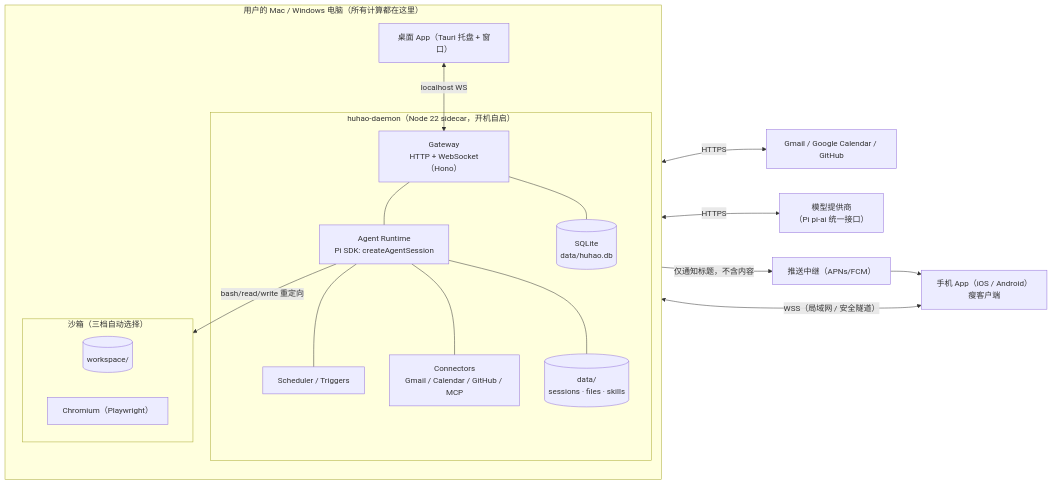
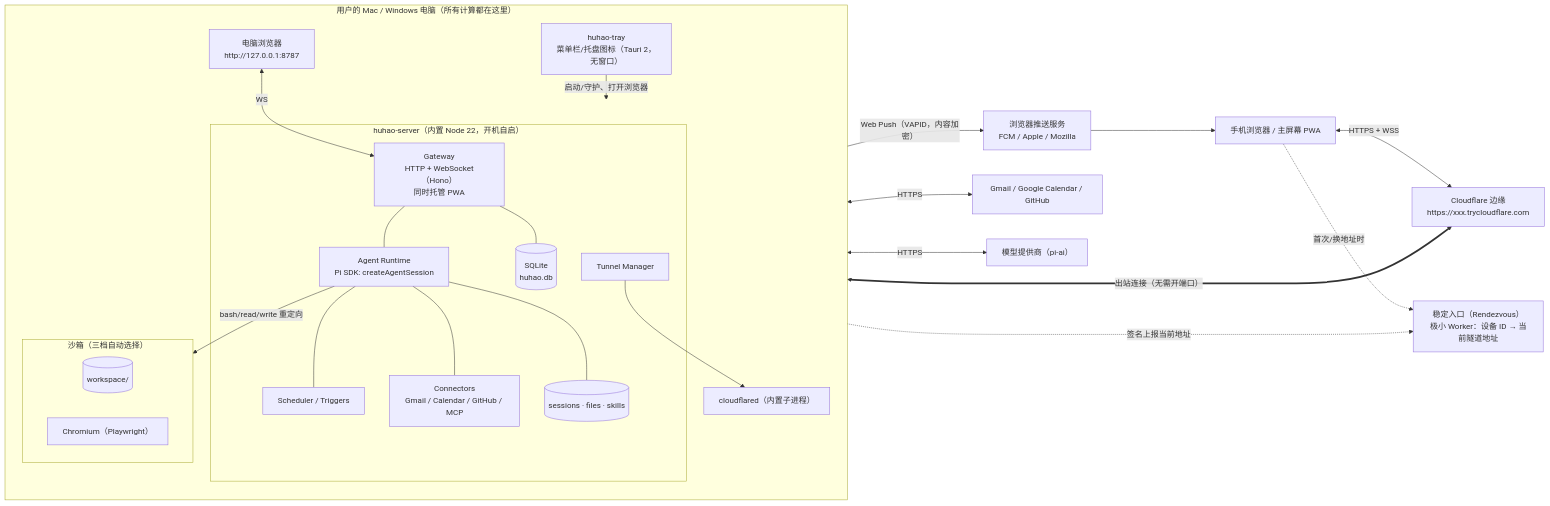
The first of 3 diagrams in docs/DESIGN.md (MyMiMang/pi-assistant), drawn with Mermaid before and after one commit. The commit also changed other lines of this file and 15 other files, not shown here.

````diff
--- a/docs/DESIGN.md
+++ b/docs/DESIGN.md
@@ -53,30 +55,36 @@
 ```mermaid
 flowchart LR
   subgraph PC["用户的 Mac / Windows 电脑（所有计算都在这里）"]
     direction TB
-    Tray["桌面 App（Tauri 托盘 + 窗口）"]
-    subgraph Daemon["huhao-daemon（Node 22 sidecar，开机自启）"]
-      GW["Gateway<br/>HTTP + WebSocket（Hono）"]
+    Tray["huhao-tray<br/>菜单栏/托盘图标（Tauri 2，无窗口）"]
+    subgraph Server["huhao-server（内置 Node 22，开机自启）"]
+      GW["Gateway<br/>HTTP + WebSocket（Hono）<br/>同时托管 PWA"]
       RT["Agent Runtime<br/>Pi SDK: createAgentSession"]
       SCH["Scheduler / Triggers"]
       CON["Connectors<br/>Gmail / Calendar / GitHub / MCP"]
-      DB[("SQLite<br/>data/huhao.db")]
-      FS[("data/<br/>sessions · files · skills")]
+      TUN["Tunnel Manager"]
+      DB[("SQLite<br/>huhao.db")]
+      FS[("sessions · files · skills")]
     end
+    CF["cloudflared（内置子进程）"]
     subgraph SB["沙箱（三档自动选择）"]
       WS[("workspace/")]
       BR["Chromium（Playwright）"]
     end
-    Tray <-- "localhost WS" --> GW
+    Tray -- "启动/守护、打开浏览器" --> Server
+    Browser["电脑浏览器<br/>http://127.0.0.1:8787"] <-- WS --> GW
     GW --- RT --- SCH
     RT --- CON
     RT -- "bash/read/write 重定向" --> SB
     GW --- DB
     RT --- FS
+    TUN --> CF
   end
-  Phone["手机 App（iOS / Android）<br/>瘦客户端"] <-- "WSS（局域网 / 安全隧道）" --> GW
+  CF <== "出站连接（无需开端口）" ==> Edge["Cloudflare 边缘<br/>https://xxx.trycloudflare.com"]
+  Phone["手机浏览器 / 主屏幕 PWA"] <-- "HTTPS + WSS" --> Edge
+  Phone -. "首次/换地址时" .-> RV["稳定入口（Rendezvous）<br/>极小 Worker：设备 ID → 当前隧道地址"]
+  TUN -. "签名上报当前地址" .-> RV
+  GW -- "Web Push（VAPID，内容加密）" --> PS["浏览器推送服务<br/>FCM / Apple / Mozilla"] --> Phone
   CON <-- HTTPS --> Cloud["Gmail / Google Calendar / GitHub"]
-  RT <-- HTTPS --> LLM["模型提供商<br/>（Pi pi-ai 统一接口）"]
-  Push["推送中继（APNs/FCM）"] --> Phone
-  GW -- "仅通知标题，不含内容" --> Push
+  RT <-- HTTPS --> LLM["模型提供商（pi-ai）"]
 ```
````
